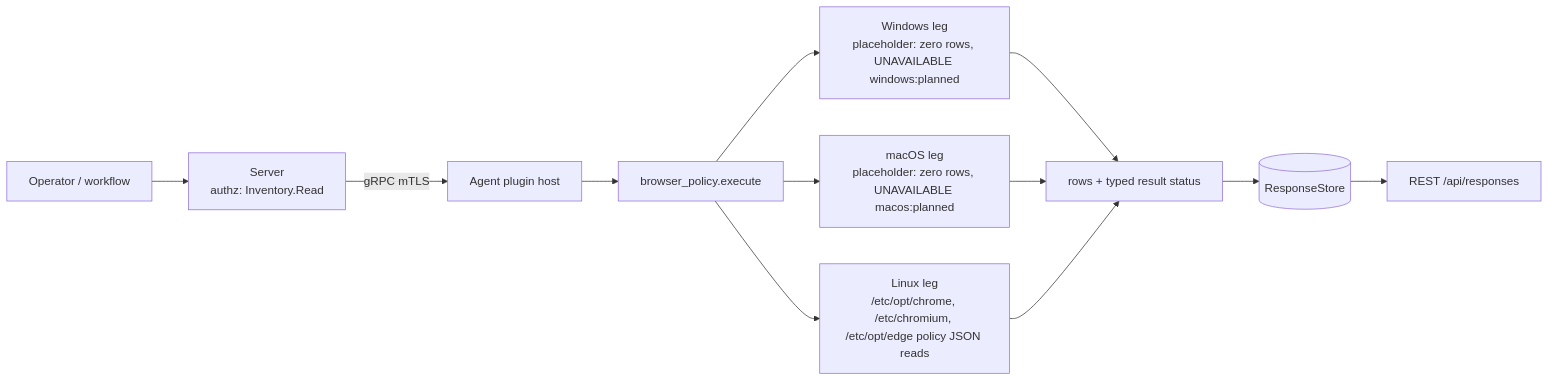
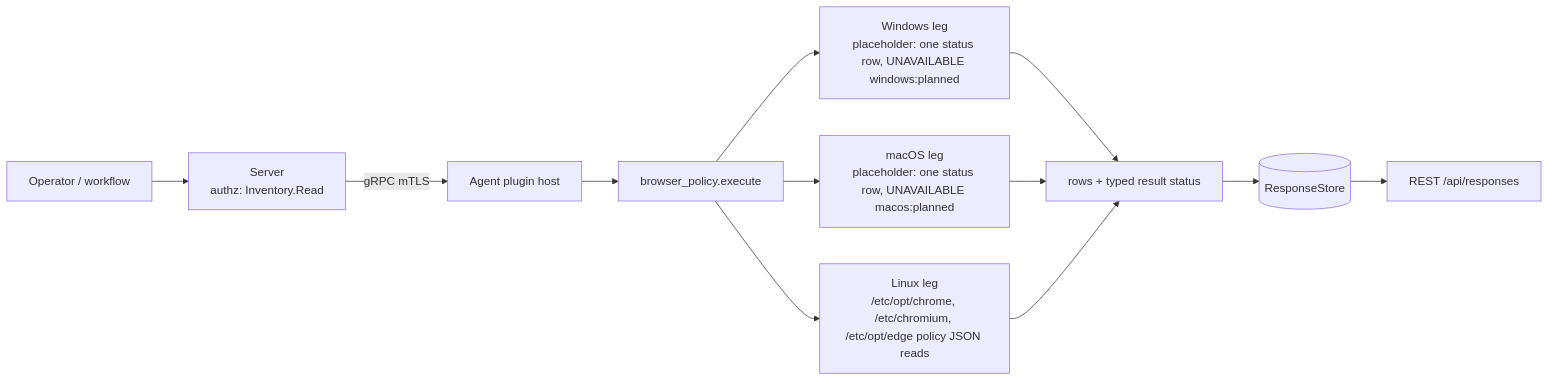
One commit to Tr3kkR/Yuzu changed the diagram in agents/plugins/browser_policy/README.md. Above: the diagram before and after it, drawn with Mermaid. The commit also changed other lines of this file and 15 other files, not shown here.

````diff
--- a/agents/plugins/browser_policy/README.md
+++ b/agents/plugins/browser_policy/README.md
@@ -21,9 +21,9 @@
 ```mermaid
 flowchart LR
   OP[Operator / workflow] --> SRV[Server<br/>authz: Inventory.Read]
   SRV -- gRPC mTLS --> HOST[Agent plugin host] --> EX[browser_policy.execute]
-  EX --> WIN[Windows leg<br/>placeholder: zero rows, UNAVAILABLE windows:planned]
-  EX --> MAC[macOS leg<br/>placeholder: zero rows, UNAVAILABLE macos:planned]
+  EX --> WIN[Windows leg<br/>placeholder: one status row, UNAVAILABLE windows:planned]
+  EX --> MAC[macOS leg<br/>placeholder: one status row, UNAVAILABLE macos:planned]
   EX --> LIN[Linux leg<br/>/etc/opt/chrome, /etc/chromium, /etc/opt/edge policy JSON reads]
   WIN & MAC & LIN --> ROWS[rows + typed result status] --> RS[(ResponseStore)] --> API[REST /api/responses]
 ```
````
